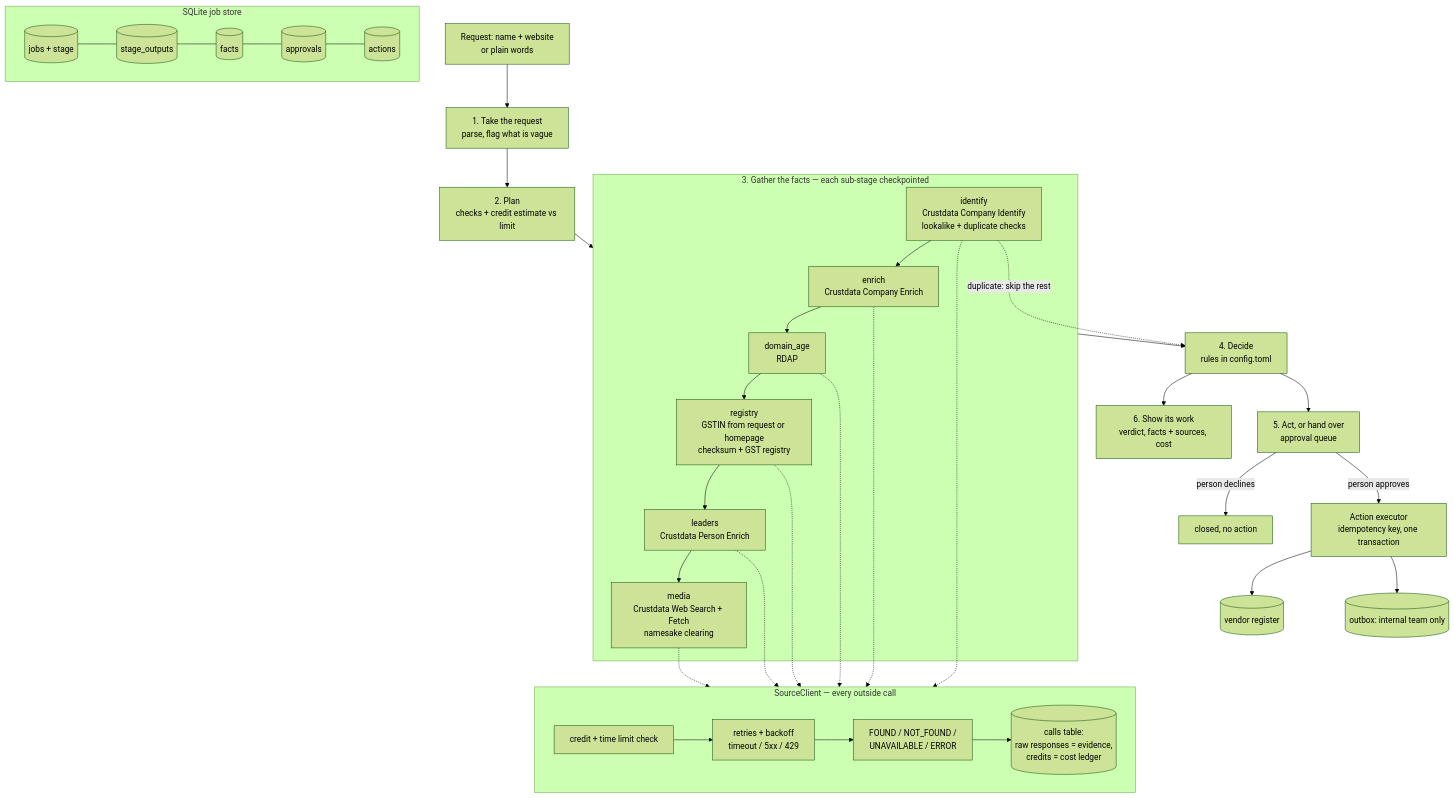
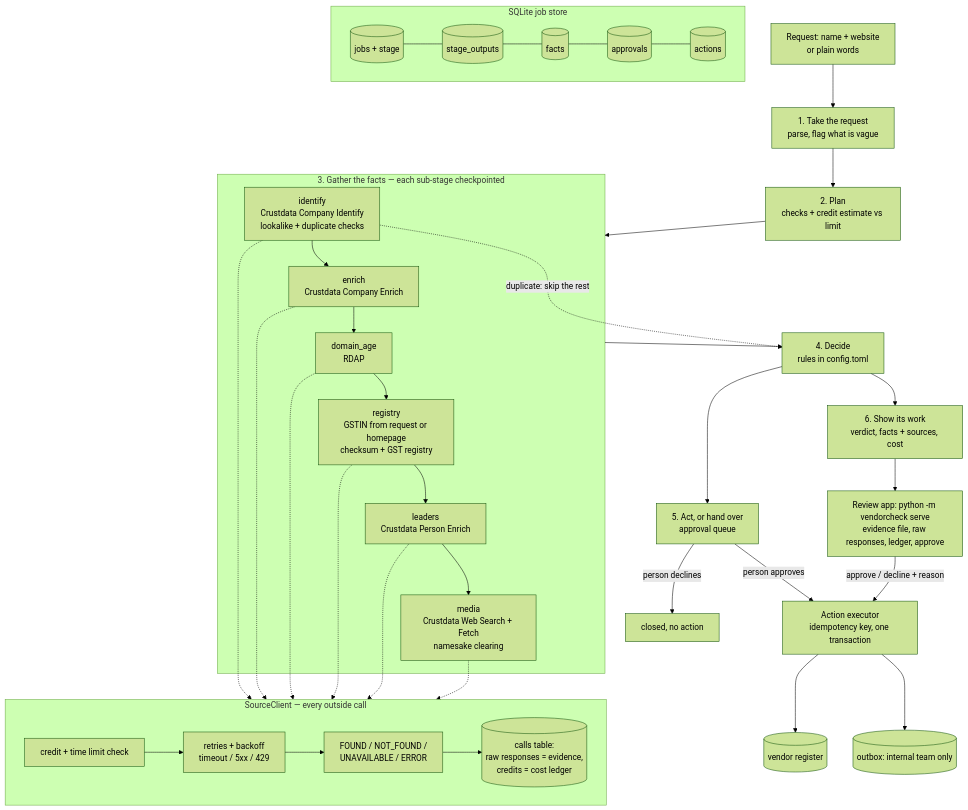
The diagram in ARCHITECTURE.md (navkarchordiya/trust_and_compliance), drawn with Mermaid (forest theme) before and after one commit. The commit also changed 9 other files, not shown here.

First line of the commit message:
Review app: evidence file, raw responses, ledger, approvals in the browser

````diff
--- a/ARCHITECTURE.md
+++ b/ARCHITECTURE.md
@@ -3,40 +3,42 @@
 ```mermaid
 flowchart TD
     REQ[Request: name + website<br/>or plain words] --> TAKE[1. Take the request<br/>parse, flag what is vague]
     TAKE --> PLAN[2. Plan<br/>checks + credit estimate vs limit]
     PLAN --> GATHER
 
     subgraph GATHER[3. Gather the facts — each sub-stage checkpointed]
         ID[identify<br/>Crustdata Company Identify<br/>lookalike + duplicate checks] --> EN[enrich<br/>Crustdata Company Enrich]
         EN --> AGE[domain_age<br/>RDAP]
         AGE --> REGS[registry<br/>GSTIN from request or homepage<br/>checksum + GST registry]
         REGS --> LEAD[leaders<br/>Crustdata Person Enrich]
         LEAD --> MEDIA[media<br/>Crustdata Web Search + Fetch<br/>namesake clearing]
     end
 
     GATHER --> DECIDE[4. Decide<br/>rules in config.toml]
     ID -.->|duplicate: skip the rest| DECIDE
     DECIDE --> HAND[5. Act, or hand over<br/>approval queue]
     HAND -->|person approves| ACT[Action executor<br/>idempotency key, one transaction]
     HAND -->|person declines| CLOSE[closed, no action]
     ACT --> REG[(vendor register)]
     ACT --> OUT[(outbox: internal team only)]
     DECIDE --> SHOW[6. Show its work<br/>verdict, facts + sources, cost]
+    SHOW --> APP[Review app: python -m vendorcheck serve<br/>evidence file, raw responses, ledger, approve]
+    APP -->|approve / decline + reason| ACT
 
     subgraph SC[SourceClient — every outside call]
         RETRY[retries + backoff<br/>timeout / 5xx / 429] --> CLASS[FOUND / NOT_FOUND /<br/>UNAVAILABLE / ERROR]
         BUDGET[credit + time limit check] --> RETRY
         CLASS --> CACHE[(calls table:<br/>raw responses = evidence,<br/>credits = cost ledger)]
     end
 
     ID -.-> SC
     EN -.-> SC
     AGE -.-> SC
     REGS -.-> SC
     LEAD -.-> SC
     MEDIA -.-> SC
 
     subgraph DB[SQLite job store]
         JOBS[(jobs + stage)] --- STAGES[(stage_outputs)] --- FACTS[(facts)] --- APPR[(approvals)] --- ACTS[(actions)]
     end
 ```
````
